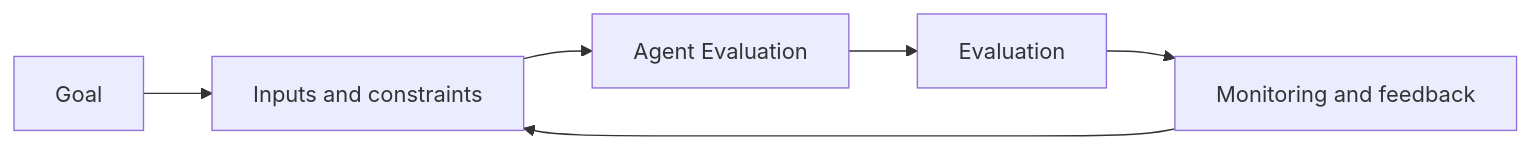
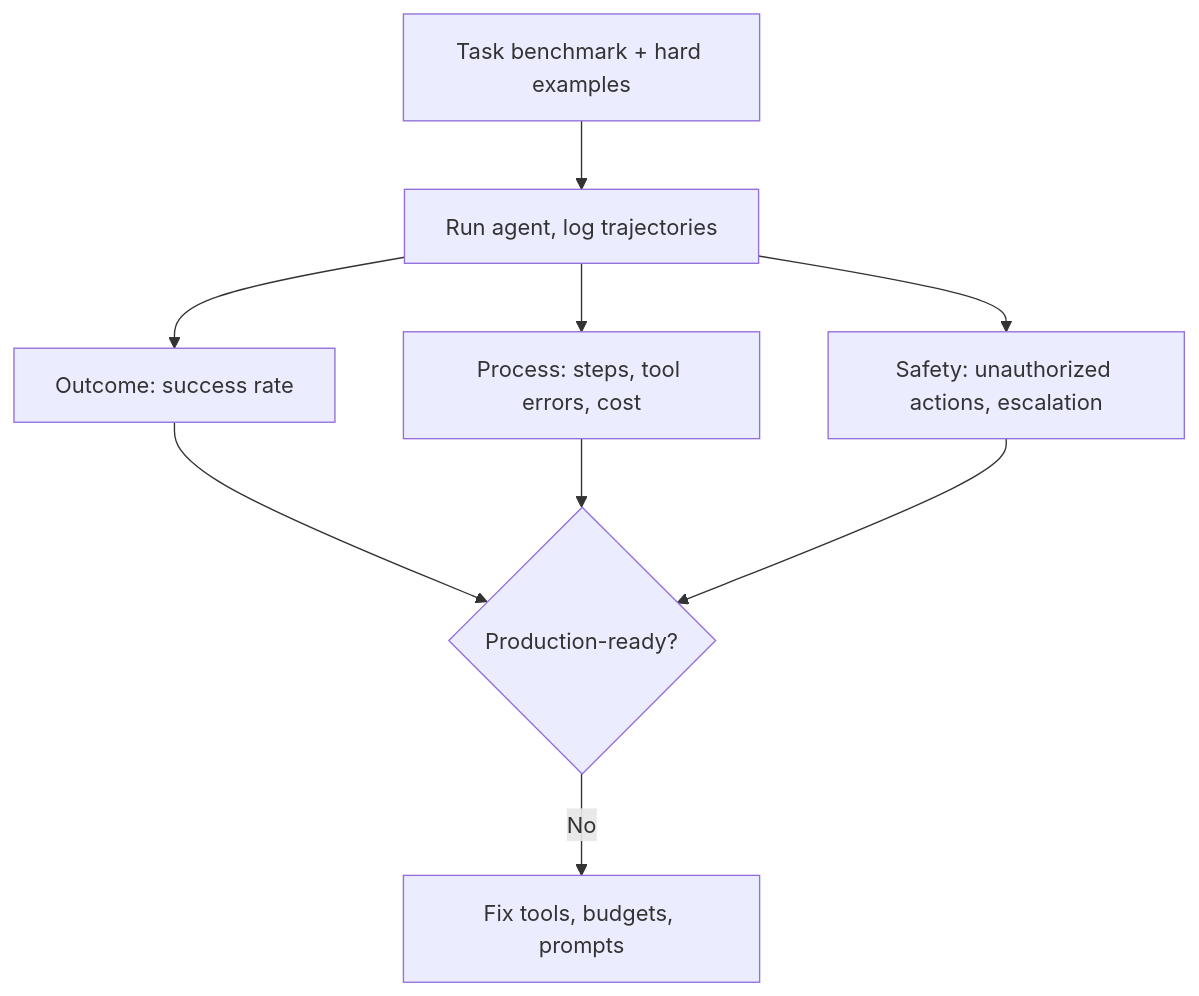
Before and after one commit to Icon1cc/Machine-Learning: the diagram in agents/10-agent-evaluation.md, drawn with Mermaid. The commit also changed other lines of this file and 118 other files, not shown here.

````diff
--- a/agents/10-agent-evaluation.md
+++ b/agents/10-agent-evaluation.md
@@ -93,8 +71,11 @@
 ```mermaid
-flowchart LR
-    A[Goal] --> B[Inputs and constraints]
-    B --> C[Agent Evaluation]
-    C --> D[Evaluation]
-    D --> E[Monitoring and feedback]
-    E --> B
+flowchart TD
+    A[Task benchmark + hard examples] --> B[Run agent, log trajectories]
+    B --> C[Outcome: success rate]
+    B --> D[Process: steps, tool errors, cost]
+    B --> E[Safety: unauthorized actions, escalation]
+    C --> F{Production-ready?}
+    D --> F
+    E --> F
+    F -- No --> G[Fix tools, budgets, prompts]
 ```
````
